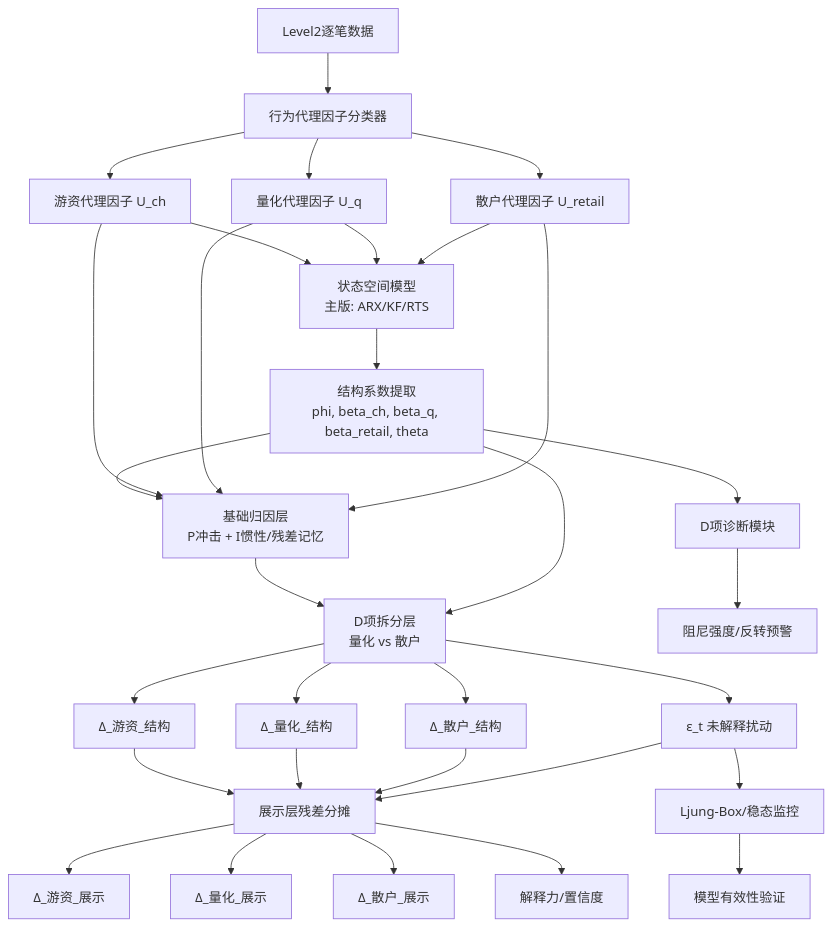
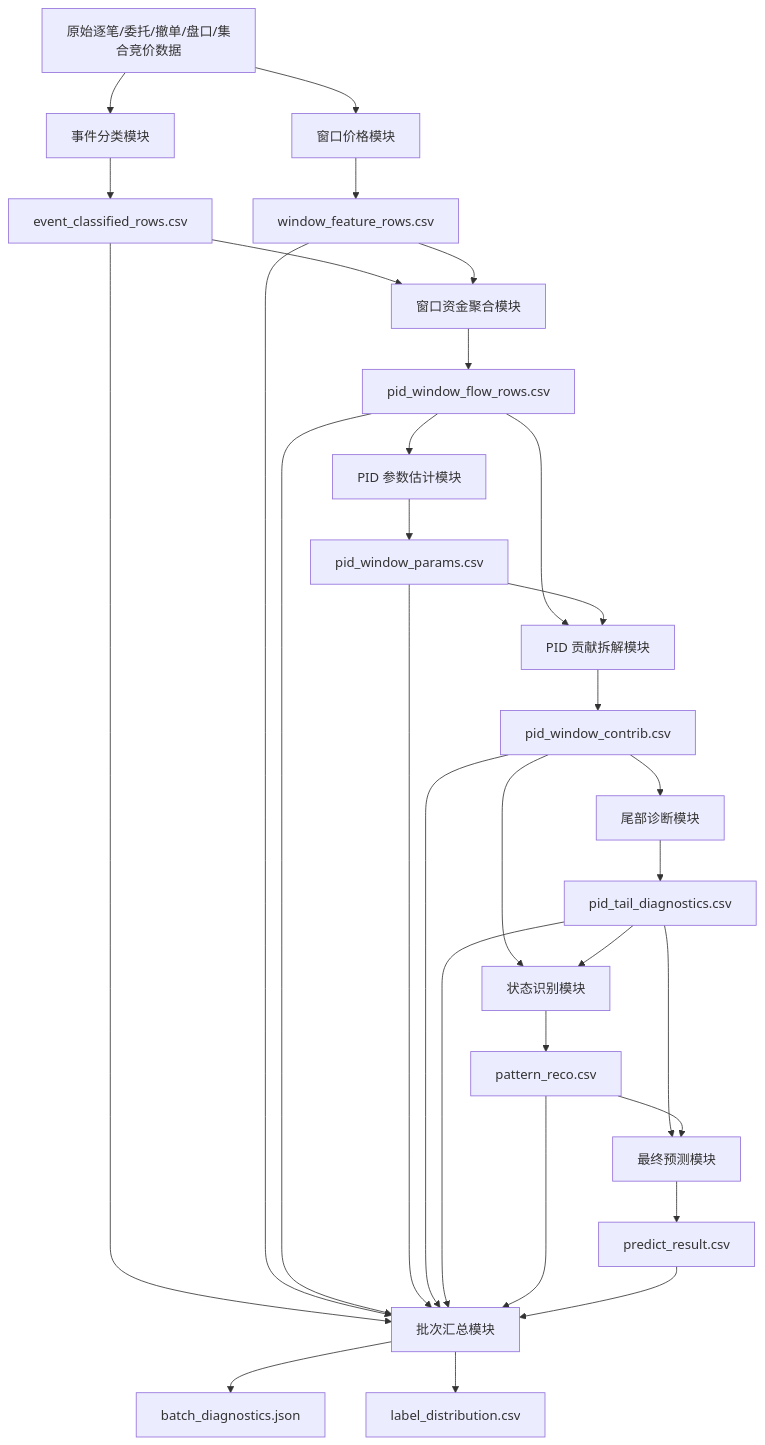
The diagram in 比赛设计文档/算法设计.md (iunknow588/SeqPID), drawn with Mermaid before and after one commit. The commit also changed other lines of this file and 466 other files, not shown here.

````diff
--- a/比赛设计文档/算法设计.md
+++ b/比赛设计文档/算法设计.md
@@ -214,31 +505,41 @@
 ```mermaid
 flowchart TD
-    A[Level2逐笔数据] --> B[行为代理因子分类器]
-    B --> C1[游资代理因子 U_ch]
-    B --> C2[量化代理因子 U_q]
-    B --> C3[散户代理因子 U_retail]
+    A[原始逐笔/委托/撤单/盘口/集合竞价数据] --> M1[事件分类模块]
+    M1 --> F1[event_classified_rows.csv]
 
-    C1 & C2 & C3 --> D[状态空间模型<br>主版: ARX/KF/RTS]
-    D --> E[结构系数提取<br>phi, beta_ch, beta_q, beta_retail, theta]
+    A --> M2[窗口价格模块]
+    M2 --> F2[window_feature_rows.csv]
 
-    E --> F1[基础归因层<br>P冲击 + I惯性/残差记忆]
-    C1 & C2 & C3 --> F1
-    F1 --> F2[D项拆分层<br>量化 vs 散户]
-    E --> F2
-    F2 --> G1[Δ_游资_结构]
-    F2 --> G2[Δ_量化_结构]
-    F2 --> G3[Δ_散户_结构]
-    F2 --> G4[ε_t 未解释扰动]
+    F1 --> M3[窗口资金聚合模块]
+    F2 --> M3
+    M3 --> F3[pid_window_flow_rows.csv]
 
-    G1 & G2 & G3 & G4 --> H1[展示层残差分摊]
-    H1 --> I1[Δ_游资_展示]
-    H1 --> I2[Δ_量化_展示]
-    H1 --> I3[Δ_散户_展示]
-    H1 --> I4[解释力/置信度]
+    F3 --> M4[PID 参数估计模块]
+    M4 --> F4[pid_window_params.csv]
 
-    E --> J[D项诊断模块]
-    J --> K[阻尼强度/反转预警]
+    F3 --> M5[PID 贡献拆解模块]
+    F4 --> M5
+    M5 --> F5[pid_window_contrib.csv]
 
-    G4 --> L[Ljung-Box/稳态监控]
-    L --> M[模型有效性验证]
+    F5 --> M6[尾部诊断模块]
+    M6 --> F6[pid_tail_diagnostics.csv]
+
+    F5 --> M7[状态识别模块]
+    F6 --> M7
+    M7 --> F7[pattern_reco.csv]
+
+    F6 --> M8[最终预测模块]
+    F7 --> M8
+    M8 --> F8[predict_result.csv]
+
+    F1 --> M9[批次汇总模块]
+    F2 --> M9
+    F3 --> M9
+    F4 --> M9
+    F5 --> M9
+    F6 --> M9
+    F7 --> M9
+    F8 --> M9
+    M9 --> F9[batch_diagnostics.json]
+    M9 --> F10[label_distribution.csv]
 ```
````
